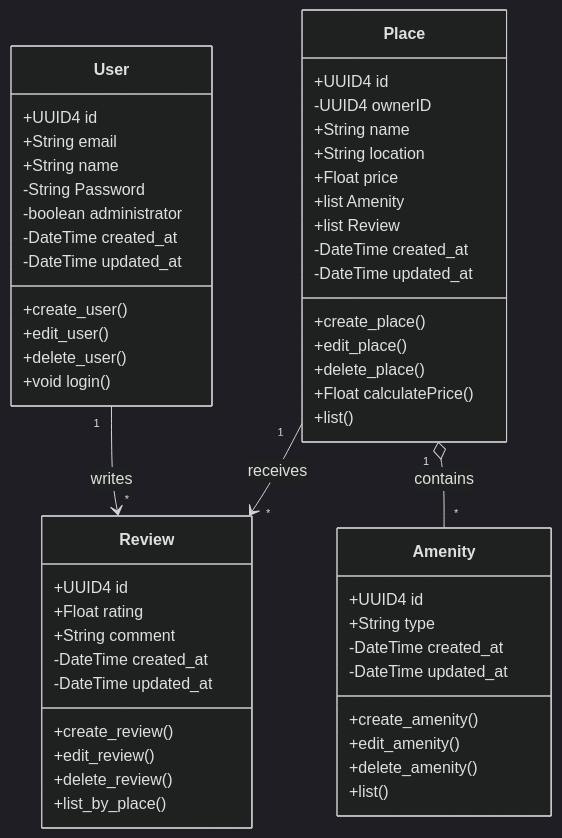
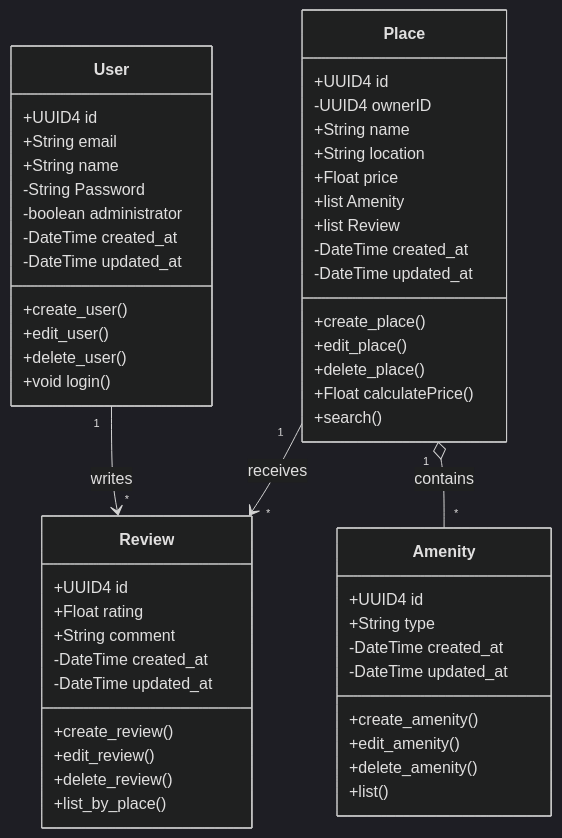
One commit to Morg92b/holbertonschool-hbnb changed the diagram in part1/task01/uml_1.mermaid. Above: the diagram before and after it, drawn with Mermaid (dark theme).

Commit message:
i add search

```diff
--- a/part1/task01/uml_1.mermaid
+++ b/part1/task01/uml_1.mermaid
@@ -1,58 +1,58 @@
 classDiagram
 class User {
     +UUID4 id
     +String email
     +String name
     -String Password
     -boolean administrator
     -DateTime created_at
     -DateTime updated_at
     +create_user()
     +edit_user()
     +delete_user()
     +void login()
 }
 
 class Place {
     +UUID4 id
     -UUID4 ownerID
     +String name
     +String location
     +Float price
     +list Amenity
     +list Review
     -DateTime created_at
     -DateTime updated_at
     +create_place()
     +edit_place()
     +delete_place()
     +Float calculatePrice()
-    +list()
+    +search()
 }
 
 class Review {
     +UUID4 id
     +Float rating
     +String comment
     -DateTime created_at
     -DateTime updated_at
     +create_review()
     +edit_review()
     +delete_review()
     +list_by_place()
 }
 
 class Amenity {
     +UUID4 id
     +String type
     -DateTime created_at
     -DateTime updated_at
     +create_amenity()
     +edit_amenity()
     +delete_amenity()
     +list()
 }
 
 User "1" --> "*" Review : writes
 Place "1" --> "*" Review : receives
 Place "1" o-- "*" Amenity : contains
```
